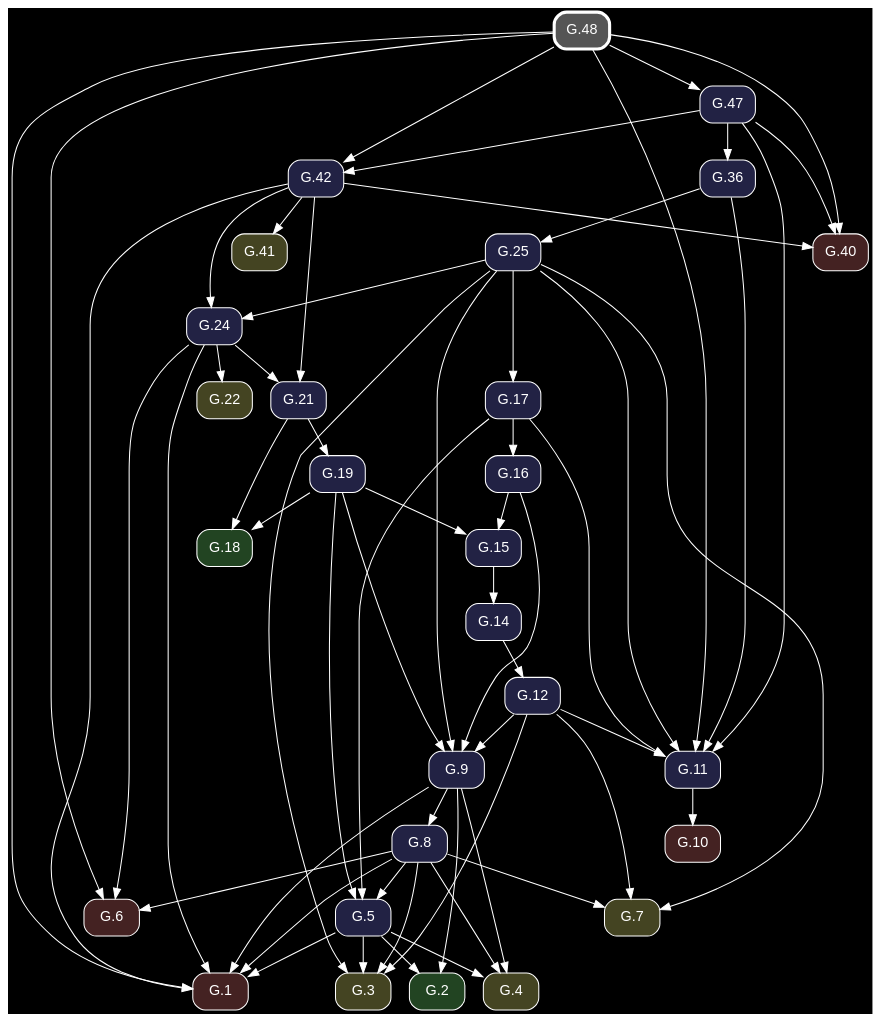
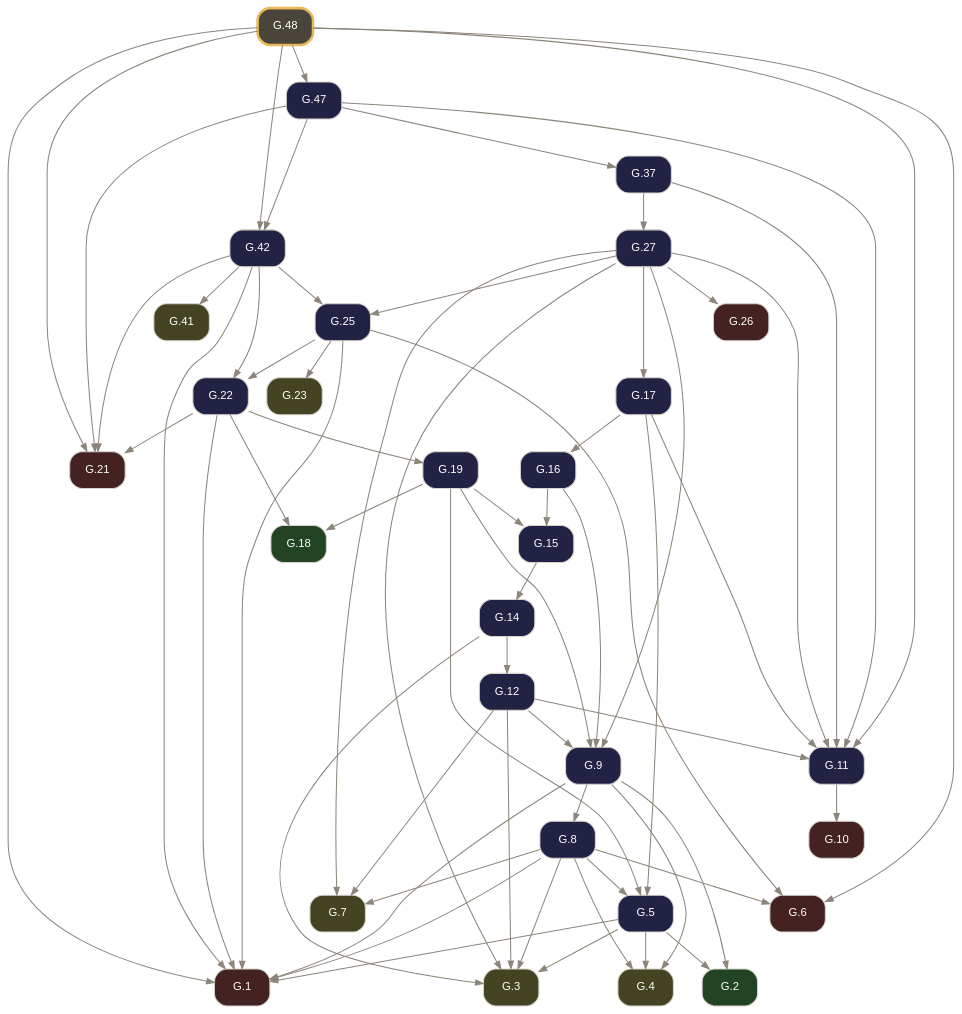
One commit to geometor/elements changed the diagram in docsrc/elements2/G.48/index.rst. Above: the diagram before and after it, drawn with Graphviz. The commit also changed other lines of this file and 261 other files, not shown here.

Commit message:
feat: rebuild Elements 2.0 G-Index pipeline from composed Euclid Heath edition (v0.3.0)

```diff
--- a/docsrc/elements2/G.48/index.rst
+++ b/docsrc/elements2/G.48/index.rst
@@ -64,95 +84,100 @@
 .. graphviz::
 
    digraph {
-     bgcolor="black";
-     node [shape=box, style="rounded,filled", fontname="Helvetica", color="white", fontcolor="white"];
-     edge [color="white", fontcolor="white"];
+     bgcolor="transparent";
+     node [shape=box, style="rounded,filled", fontname="Helvetica", fontsize=11, color="#d6d3cd", fontcolor="#ffffff"];
+     edge [color="#8c857b", fontcolor="#8c857b", arrowsize=0.75];
      rankdir="TB";
-     "G.6" [label="G.6", fillcolor="#442222", URL="/elements2/G.6/", target="_top"];
-     "G.19" [label="G.19", fillcolor="#222244", URL="/elements2/G.19/", target="_top"];
-     "G.48" [label="G.48", penwidth=3, color="white", fillcolor="#555555", URL="/elements2/G.48/", target="_top"];
-     "G.21" [label="G.21", fillcolor="#222244", URL="/elements2/G.21/", target="_top"];
-     "G.24" [label="G.24", fillcolor="#222244", URL="/elements2/G.24/", target="_top"];
-     "G.10" [label="G.10", fillcolor="#442222", URL="/elements2/G.10/", target="_top"];
-     "G.7" [label="G.7", fillcolor="#444422", URL="/elements2/G.7/", target="_top"];
-     "G.42" [label="G.42", fillcolor="#222244", URL="/elements2/G.42/", target="_top"];
-     "G.17" [label="G.17", fillcolor="#222244", URL="/elements2/G.17/", target="_top"];
-     "G.15" [label="G.15", fillcolor="#222244", URL="/elements2/G.15/", target="_top"];
-     "G.3" [label="G.3", fillcolor="#444422", URL="/elements2/G.3/", target="_top"];
-     "G.5" [label="G.5", fillcolor="#222244", URL="/elements2/G.5/", target="_top"];
-     "G.41" [label="G.41", fillcolor="#444422", URL="/elements2/G.41/", target="_top"];
-     "G.1" [label="G.1", fillcolor="#442222", URL="/elements2/G.1/", target="_top"];
-     "G.2" [label="G.2", fillcolor="#224422", URL="/elements2/G.2/", target="_top"];
-     "G.12" [label="G.12", fillcolor="#222244", URL="/elements2/G.12/", target="_top"];
-     "G.22" [label="G.22", fillcolor="#444422", URL="/elements2/G.22/", target="_top"];
-     "G.14" [label="G.14", fillcolor="#222244", URL="/elements2/G.14/", target="_top"];
-     "G.8" [label="G.8", fillcolor="#222244", URL="/elements2/G.8/", target="_top"];
-     "G.36" [label="G.36", fillcolor="#222244", URL="/elements2/G.36/", target="_top"];
-     "G.25" [label="G.25", fillcolor="#222244", URL="/elements2/G.25/", target="_top"];
-     "G.9" [label="G.9", fillcolor="#222244", URL="/elements2/G.9/", target="_top"];
-     "G.18" [label="G.18", fillcolor="#224422", URL="/elements2/G.18/", target="_top"];
-     "G.11" [label="G.11", fillcolor="#222244", URL="/elements2/G.11/", target="_top"];
-     "G.40" [label="G.40", fillcolor="#442222", URL="/elements2/G.40/", target="_top"];
-     "G.4" [label="G.4", fillcolor="#444422", URL="/elements2/G.4/", target="_top"];
-     "G.16" [label="G.16", fillcolor="#222244", URL="/elements2/G.16/", target="_top"];
-     "G.47" [label="G.47", fillcolor="#222244", URL="/elements2/G.47/", target="_top"];
-     "G.24" -> "G.6";
-     "G.48" -> "G.6";
-     "G.8" -> "G.6";
-     "G.21" -> "G.19";
-     "G.24" -> "G.21";
-     "G.42" -> "G.21";
-     "G.25" -> "G.24";
-     "G.42" -> "G.24";
-     "G.11" -> "G.10";
-     "G.25" -> "G.7";
-     "G.8" -> "G.7";
-     "G.12" -> "G.7";
-     "G.47" -> "G.42";
-     "G.48" -> "G.42";
-     "G.25" -> "G.17";
-     "G.19" -> "G.15";
-     "G.16" -> "G.15";
+     "G.1" [label="G.1", tooltip="G.1 (I.cn.1)", fillcolor="#442222", URL="../G.1/index.html", target="_top"];
+     "G.2" [label="G.2", tooltip="G.2 (I.def.15)", fillcolor="#224422", URL="../G.2/index.html", target="_top"];
+     "G.3" [label="G.3", tooltip="G.3 (I.post.1)", fillcolor="#444422", URL="../G.3/index.html", target="_top"];
+     "G.4" [label="G.4", tooltip="G.4 (I.post.3)", fillcolor="#444422", URL="../G.4/index.html", target="_top"];
+     "G.5" [label="G.5", tooltip="G.5 (I.1)", fillcolor="#222244", URL="../G.5/index.html", target="_top"];
+     "G.6" [label="G.6", tooltip="G.6 (I.cn.3)", fillcolor="#442222", URL="../G.6/index.html", target="_top"];
+     "G.7" [label="G.7", tooltip="G.7 (I.post.2)", fillcolor="#444422", URL="../G.7/index.html", target="_top"];
+     "G.8" [label="G.8", tooltip="G.8 (I.2)", fillcolor="#222244", URL="../G.8/index.html", target="_top"];
+     "G.9" [label="G.9", tooltip="G.9 (I.3)", fillcolor="#222244", URL="../G.9/index.html", target="_top"];
+     "G.10" [label="G.10", tooltip="G.10 (I.cn.4)", fillcolor="#442222", URL="../G.10/index.html", target="_top"];
+     "G.11" [label="G.11", tooltip="G.11 (I.4)", fillcolor="#222244", URL="../G.11/index.html", target="_top"];
+     "G.12" [label="G.12", tooltip="G.12 (I.5)", fillcolor="#222244", URL="../G.12/index.html", target="_top"];
+     "G.14" [label="G.14", tooltip="G.14 (I.7)", fillcolor="#222244", URL="../G.14/index.html", target="_top"];
+     "G.15" [label="G.15", tooltip="G.15 (I.8)", fillcolor="#222244", URL="../G.15/index.html", target="_top"];
+     "G.16" [label="G.16", tooltip="G.16 (I.9)", fillcolor="#222244", URL="../G.16/index.html", target="_top"];
+     "G.17" [label="G.17", tooltip="G.17 (I.10)", fillcolor="#222244", URL="../G.17/index.html", target="_top"];
+     "G.18" [label="G.18", tooltip="G.18 (I.def.10)", fillcolor="#224422", URL="../G.18/index.html", target="_top"];
+     "G.19" [label="G.19", tooltip="G.19 (I.11)", fillcolor="#222244", URL="../G.19/index.html", target="_top"];
+     "G.21" [label="G.21", tooltip="G.21 (I.cn.2)", fillcolor="#442222", URL="../G.21/index.html", target="_top"];
+     "G.22" [label="G.22", tooltip="G.22 (I.13)", fillcolor="#222244", URL="../G.22/index.html", target="_top"];
+     "G.23" [label="G.23", tooltip="G.23 (I.post.4)", fillcolor="#444422", URL="../G.23/index.html", target="_top"];
+     "G.25" [label="G.25", tooltip="G.25 (I.15)", fillcolor="#222244", URL="../G.25/index.html", target="_top"];
+     "G.26" [label="G.26", tooltip="G.26 (I.cn.5)", fillcolor="#442222", URL="../G.26/index.html", target="_top"];
+     "G.27" [label="G.27", tooltip="G.27 (I.16)", fillcolor="#222244", URL="../G.27/index.html", target="_top"];
+     "G.37" [label="G.37", tooltip="G.37 (I.26)", fillcolor="#222244", URL="../G.37/index.html", target="_top"];
+     "G.41" [label="G.41", tooltip="G.41 (I.post.5)", fillcolor="#444422", URL="../G.41/index.html", target="_top"];
+     "G.42" [label="G.42", tooltip="G.42 (I.29)", fillcolor="#222244", URL="../G.42/index.html", target="_top"];
+     "G.47" [label="G.47", tooltip="G.47 (I.34)", fillcolor="#222244", URL="../G.47/index.html", target="_top"];
+     "G.48" [label="G.48", tooltip="G.48 (I.35)", penwidth=2.5, color="#e8b85a", fillcolor="#4a453b", URL="index.html", target="_top"];
+     "G.5" -> "G.1";
+     "G.8" -> "G.1";
+     "G.9" -> "G.1";
+     "G.22" -> "G.1";
+     "G.25" -> "G.1";
+     "G.42" -> "G.1";
+     "G.48" -> "G.1";
+     "G.5" -> "G.2";
+     "G.9" -> "G.2";
      "G.5" -> "G.3";
-     "G.25" -> "G.3";
      "G.8" -> "G.3";
      "G.12" -> "G.3";
-     "G.19" -> "G.5";
-     "G.8" -> "G.5";
-     "G.17" -> "G.5";
-     "G.42" -> "G.41";
-     "G.5" -> "G.1";
-     "G.24" -> "G.1";
-     "G.48" -> "G.1";
-     "G.8" -> "G.1";
-     "G.42" -> "G.1";
-     "G.9" -> "G.1";
-     "G.5" -> "G.2";
-     "G.9" -> "G.2";
-     "G.14" -> "G.12";
-     "G.24" -> "G.22";
-     "G.15" -> "G.14";
-     "G.9" -> "G.8";
-     "G.47" -> "G.36";
-     "G.36" -> "G.25";
-     "G.19" -> "G.9";
-     "G.25" -> "G.9";
-     "G.16" -> "G.9";
-     "G.12" -> "G.9";
-     "G.19" -> "G.18";
-     "G.21" -> "G.18";
-     "G.36" -> "G.11";
-     "G.47" -> "G.11";
-     "G.48" -> "G.11";
-     "G.25" -> "G.11";
-     "G.17" -> "G.11";
-     "G.12" -> "G.11";
-     "G.47" -> "G.40";
-     "G.48" -> "G.40";
-     "G.42" -> "G.40";
+     "G.14" -> "G.3";
+     "G.27" -> "G.3";
      "G.5" -> "G.4";
      "G.8" -> "G.4";
      "G.9" -> "G.4";
+     "G.8" -> "G.5";
+     "G.17" -> "G.5";
+     "G.19" -> "G.5";
+     "G.8" -> "G.6";
+     "G.25" -> "G.6";
+     "G.48" -> "G.6";
+     "G.8" -> "G.7";
+     "G.12" -> "G.7";
+     "G.27" -> "G.7";
+     "G.9" -> "G.8";
+     "G.12" -> "G.9";
+     "G.16" -> "G.9";
+     "G.19" -> "G.9";
+     "G.27" -> "G.9";
+     "G.11" -> "G.10";
+     "G.12" -> "G.11";
+     "G.17" -> "G.11";
+     "G.27" -> "G.11";
+     "G.37" -> "G.11";
+     "G.47" -> "G.11";
+     "G.48" -> "G.11";
+     "G.14" -> "G.12";
+     "G.15" -> "G.14";
+     "G.16" -> "G.15";
+     "G.19" -> "G.15";
      "G.17" -> "G.16";
+     "G.27" -> "G.17";
+     "G.19" -> "G.18";
+     "G.22" -> "G.18";
+     "G.22" -> "G.19";
+     "G.22" -> "G.21";
+     "G.42" -> "G.21";
+     "G.47" -> "G.21";
+     "G.48" -> "G.21";
+     "G.25" -> "G.22";
+     "G.42" -> "G.22";
+     "G.25" -> "G.23";
+     "G.27" -> "G.25";
+     "G.42" -> "G.25";
+     "G.27" -> "G.26";
+     "G.37" -> "G.27";
+     "G.47" -> "G.37";
+     "G.42" -> "G.41";
+     "G.47" -> "G.42";
+     "G.48" -> "G.42";
      "G.48" -> "G.47";
    }
```
